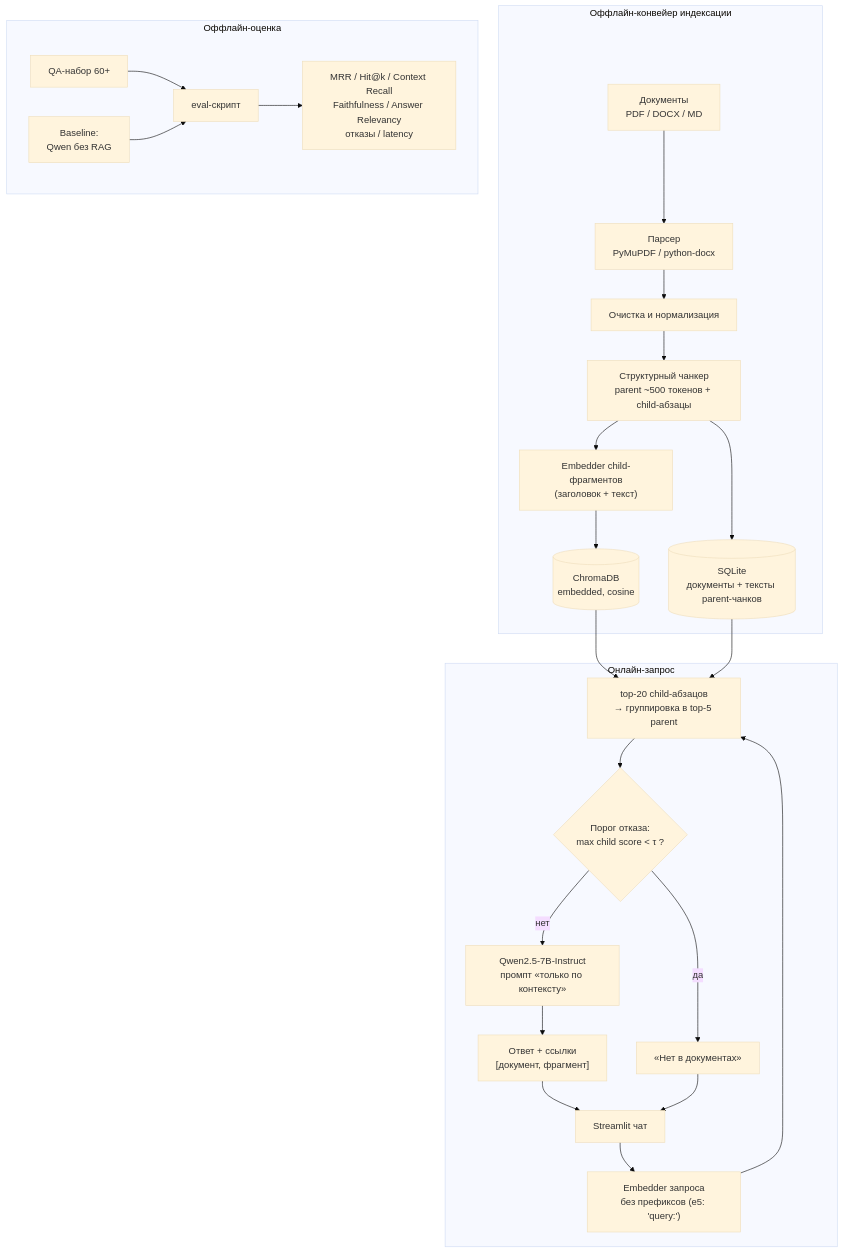
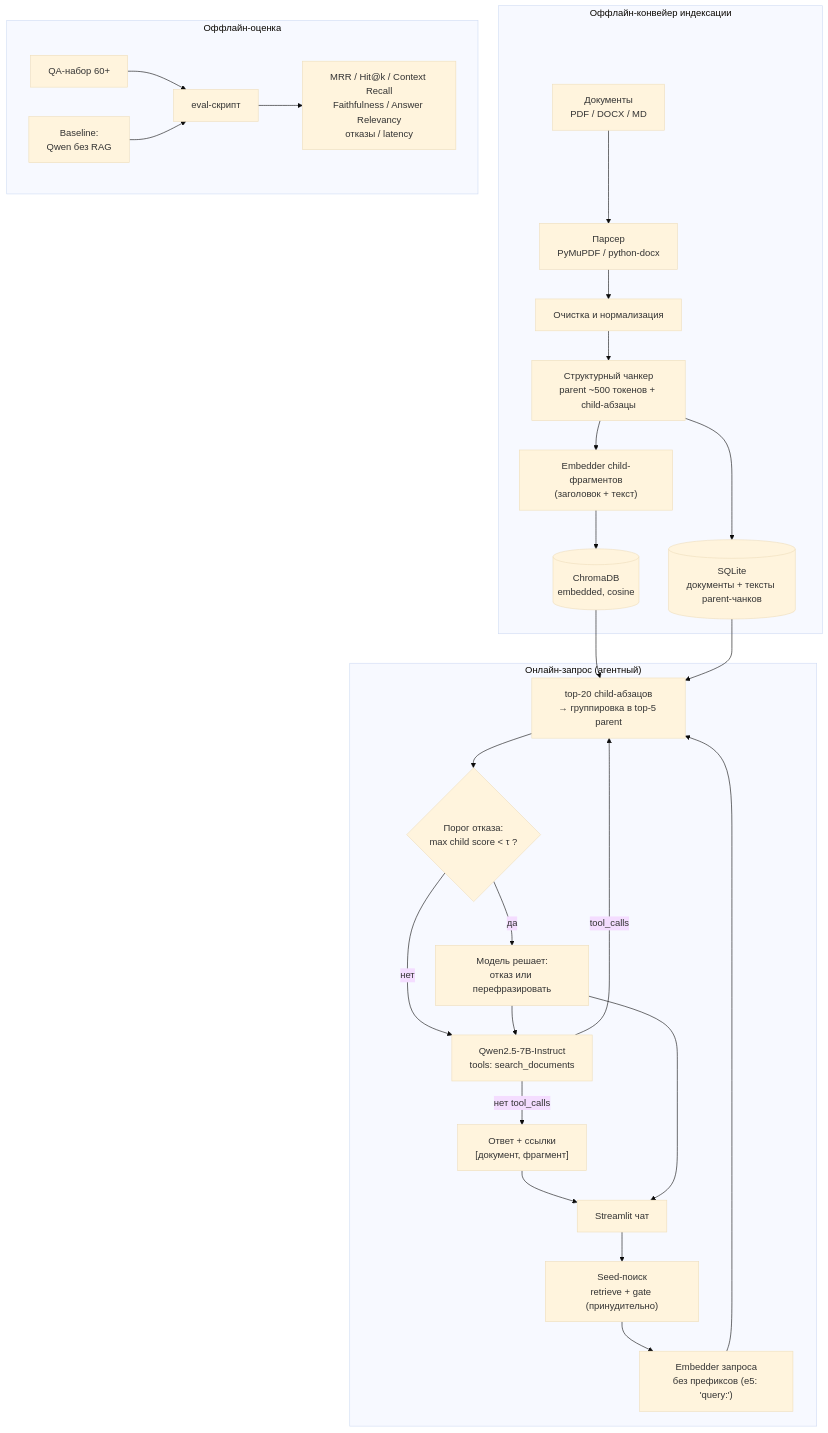
Before and after one commit to AlexKosyag/rag-bot: the diagram in docs/architecture.md, drawn with Mermaid (base theme). The commit also changed other lines of this file and 30 other files, not shown here.

````diff
--- a/docs/architecture.md
+++ b/docs/architecture.md
@@ -5,31 +5,34 @@
 ```mermaid
 flowchart TB
     subgraph INGEST["Оффлайн-конвейер индексации"]
         FS["Документы<br/>PDF / DOCX / MD"] --> PARSE["Парсер<br/>PyMuPDF / python-docx"]
         PARSE --> CLEAN["Очистка и нормализация"]
         CLEAN --> CHUNK["Структурный чанкер<br/>parent ~500 токенов + child-абзацы"]
         CHUNK --> EMB["Embedder child-фрагментов<br/>(заголовок + текст)"]
         EMB --> STORE[("ChromaDB<br/>embedded, cosine")]
         CHUNK --> REG[("SQLite<br/>документы + тексты parent-чанков")]
     end
 
-    subgraph QUERY["Онлайн-запрос"]
-        UI["Streamlit чат"] --> QEMB["Embedder запроса<br/>без префиксов (e5: 'query:')"]
+    subgraph QUERY["Онлайн-запрос (агентный)"]
+        UI["Streamlit чат"] --> SEED["Seed-поиск<br/>retrieve + gate (принудительно)"]
+        SEED --> QEMB["Embedder запроса<br/>без префиксов (e5: 'query:')"]
         QEMB --> RET["top-20 child-абзацов<br/>→ группировка в top-5 parent"]
         STORE --> RET
         REG --> RET
         RET --> GATE{"Порог отказа:<br/>max child score < τ ?"}
-        GATE -- "да" --> REFUSE["«Нет в документах»"]
-        GATE -- "нет" --> GEN["Qwen2.5-7B-Instruct<br/>промпт «только по контексту»"]
-        GEN --> ANSWER["Ответ + ссылки<br/>[документ, фрагмент]"]
+        GATE -- "да" --> REFUSE["Модель решает:<br/>отказ или перефразировать"]
+        GATE -- "нет" --> GEN["Qwen2.5-7B-Instruct<br/>tools: search_documents"]
+        GEN -- "tool_calls" --> RET
+        GEN -- "нет tool_calls" --> ANSWER["Ответ + ссылки<br/>[документ, фрагмент]"]
+        REFUSE --> GEN
     end
 
     subgraph EVAL["Оффлайн-оценка"]
         QA["QA-набор 60+"] --> EVALRUN["eval-скрипт"]
         EVALRUN --> METRICS["MRR / Hit@k / Context Recall<br/>Faithfulness / Answer Relevancy<br/>отказы / latency"]
         BASE["Baseline:<br/>Qwen без RAG"] --> EVALRUN
     end
 
     ANSWER --> UI
     REFUSE --> UI
 ```
````
